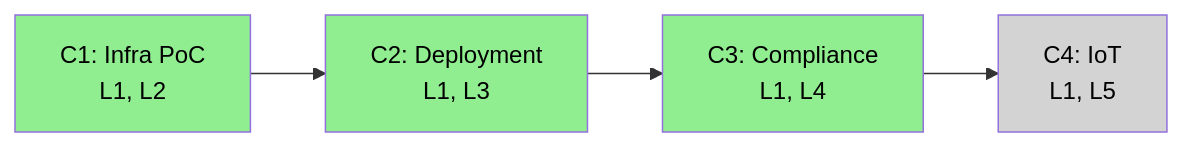
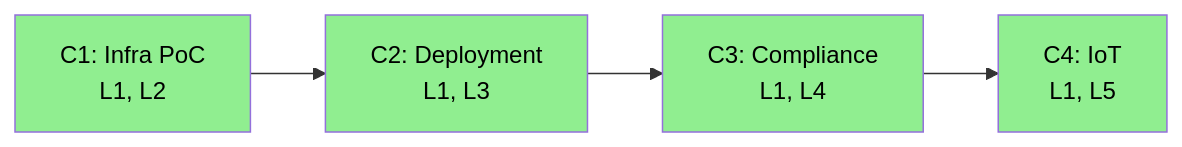
The fourth of 4 diagrams in ARC42STORIES.MD (mdproctor/casehub-ops), drawn with Mermaid before and after one commit. The commit also changed other lines of this file, not shown here.

````diff
--- a/ARC42STORIES.MD
+++ b/ARC42STORIES.MD
@@ -257,11 +282,11 @@
 ```mermaid
 flowchart LR
   C1["C1: Infra PoC\nL1, L2"] --> C2["C2: Deployment\nL1, L3"]
   C2 --> C3["C3: Compliance\nL1, L4"]
   C3 --> C4["C4: IoT\nL1, L5"]
 
   style C1 fill:#90EE90,color:#000
   style C2 fill:#90EE90,color:#000
   style C3 fill:#90EE90,color:#000
-  style C4 fill:#D3D3D3,color:#000
+  style C4 fill:#90EE90,color:#000
 ```
````
